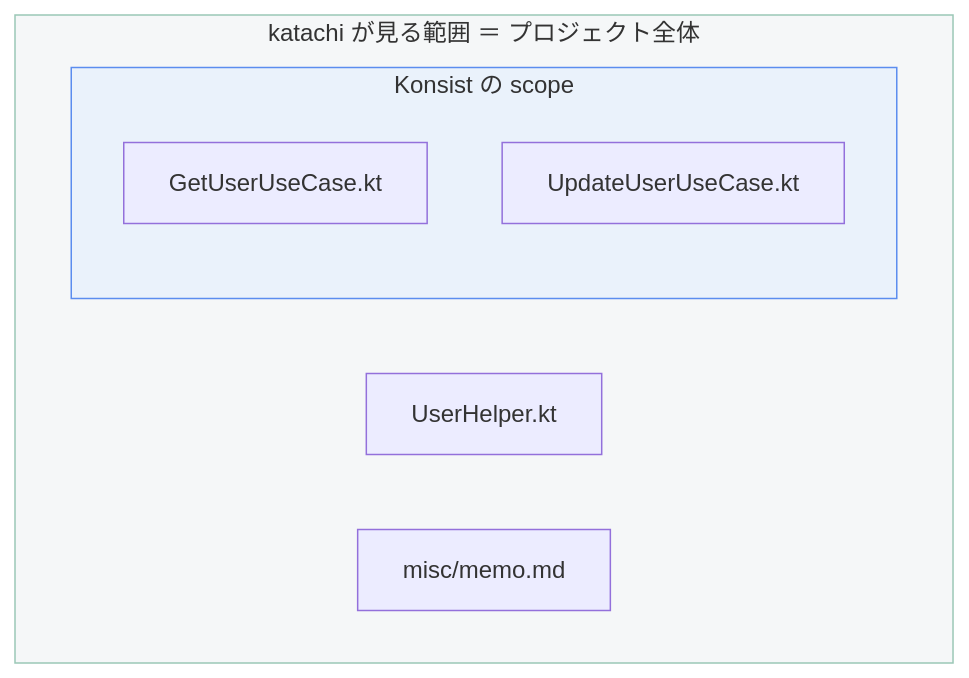
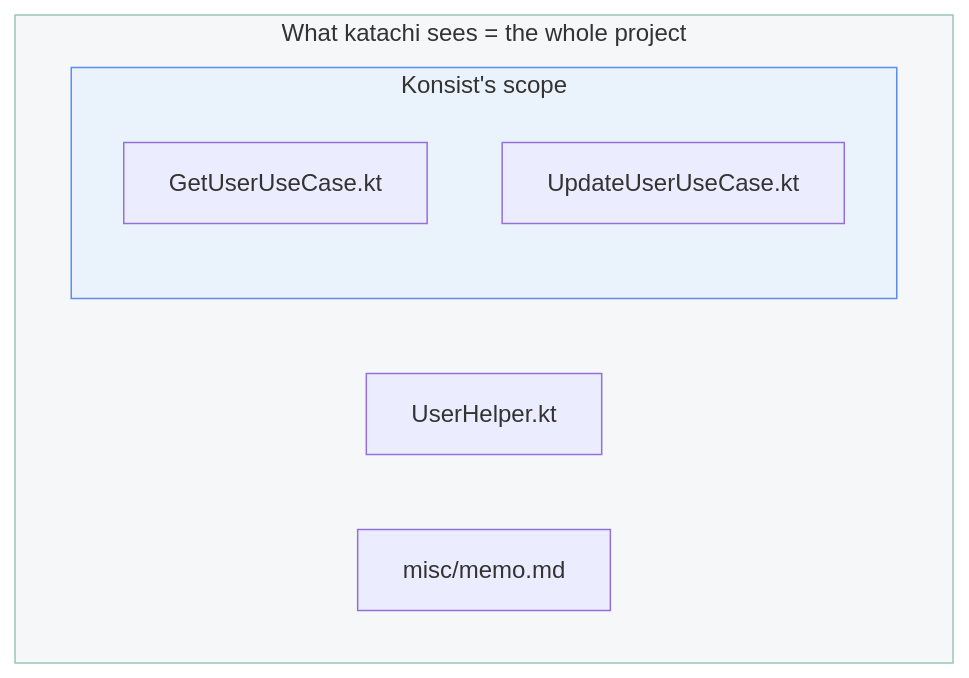
One commit to TBSten/katachi changed the first of 2 diagrams in docs/src/content/docs/get-started/faq.mdx. Above: the diagram before and after it, drawn with Mermaid. The commit also changed other lines of this file and 51 other files, not shown here.

````diff
--- a/docs/src/content/docs/get-started/faq.mdx
+++ b/docs/src/content/docs/get-started/faq.mdx
@@ -101,14 +105,14 @@
 ```mermaid
 flowchart TB
-    subgraph K["katachi が見る範囲 ＝ プロジェクト全体"]
-        subgraph S["Konsist の scope"]
+    subgraph K["What katachi sees = the whole project"]
+        subgraph S["Konsist's scope"]
             U1["GetUserUseCase.kt"]
             U2["UpdateUserUseCase.kt"]
         end
         H["UserHelper.kt"]
         M["misc/memo.md"]
     end
 
     style S fill:#EAF2FB,stroke:#5B8DEF
     style K fill:#F5F7F8,stroke:#9BC7B6
 ```
````
